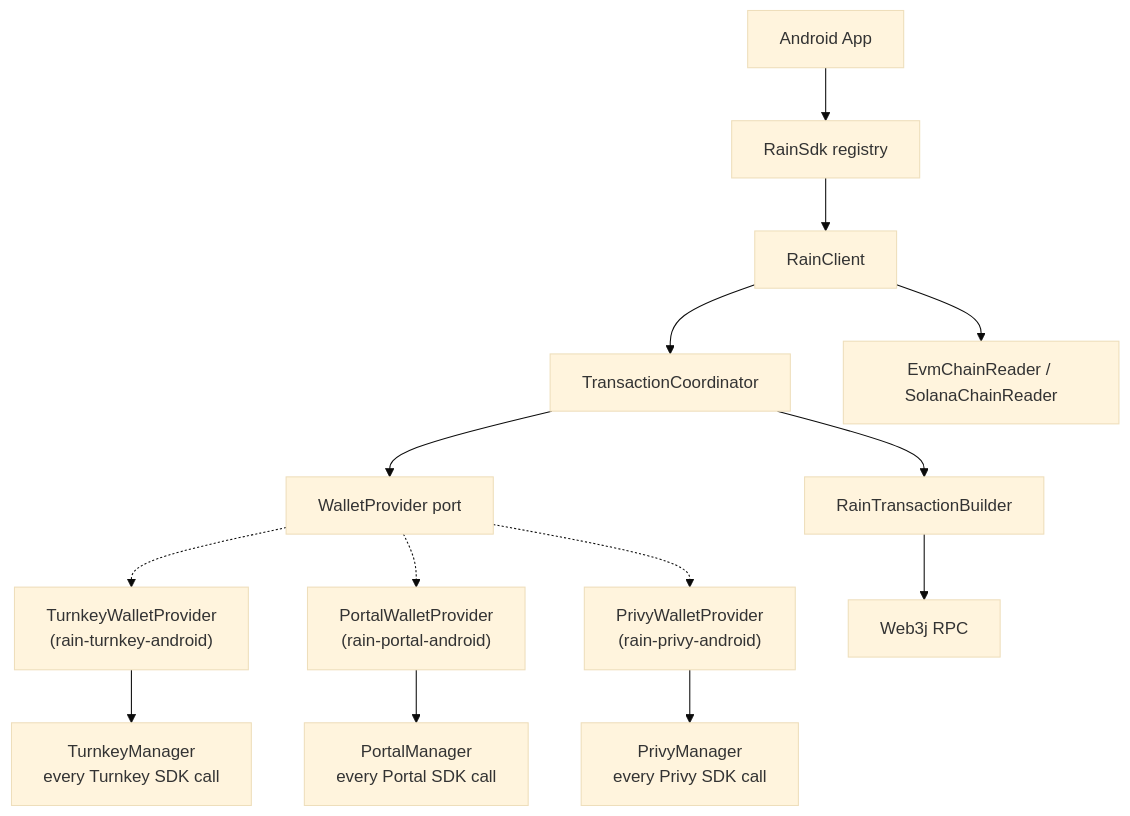
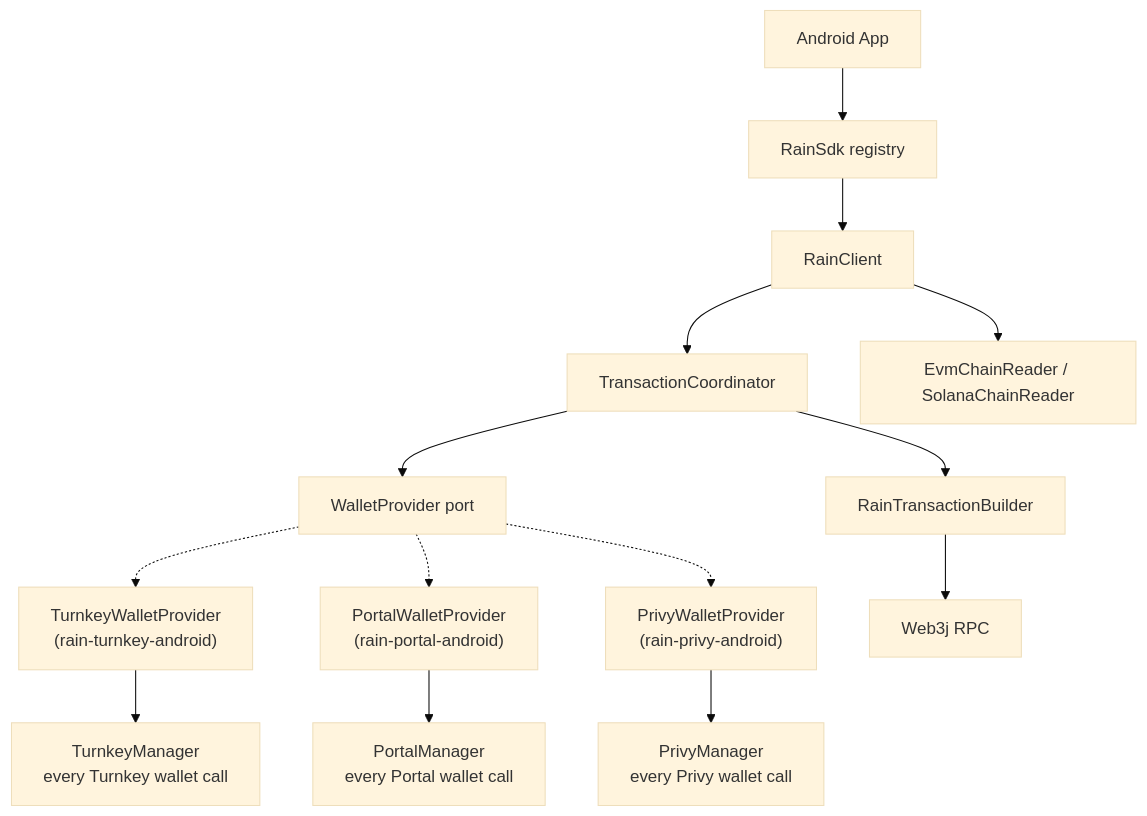
Before and after one commit to SignifyHQ/rain-sdk-android: the diagram in rain-core-android/README.md, drawn with Mermaid (base theme). The commit also changed 8 other files, not shown here.

````diff
--- a/rain-core-android/README.md
+++ b/rain-core-android/README.md
@@ -37,16 +37,16 @@
 ```mermaid
 graph TD
     App[Android App] --> RainSdk[RainSdk registry]
     RainSdk --> RainClient[RainClient]
     RainClient --> Coord[TransactionCoordinator]
     Coord --> Builder[RainTransactionBuilder]
     Coord --> Port[WalletProvider port]
     Port -.-> Turnkey["TurnkeyWalletProvider<br/>(rain-turnkey-android)"]
     Port -.-> Portal["PortalWalletProvider<br/>(rain-portal-android)"]
     Port -.-> Privy["PrivyWalletProvider<br/>(rain-privy-android)"]
-    Turnkey --> TurnkeyMgr["TurnkeyManager<br/>every Turnkey SDK call"]
-    Portal --> PortalMgr["PortalManager<br/>every Portal SDK call"]
-    Privy --> PrivyMgr["PrivyManager<br/>every Privy SDK call"]
+    Turnkey --> TurnkeyMgr["TurnkeyManager<br/>every Turnkey wallet call"]
+    Portal --> PortalMgr["PortalManager<br/>every Portal wallet call"]
+    Privy --> PrivyMgr["PrivyManager<br/>every Privy wallet call"]
     Builder --> Web3j[Web3j RPC]
     RainClient --> Readers[EvmChainReader / SolanaChainReader]
 ```
````
